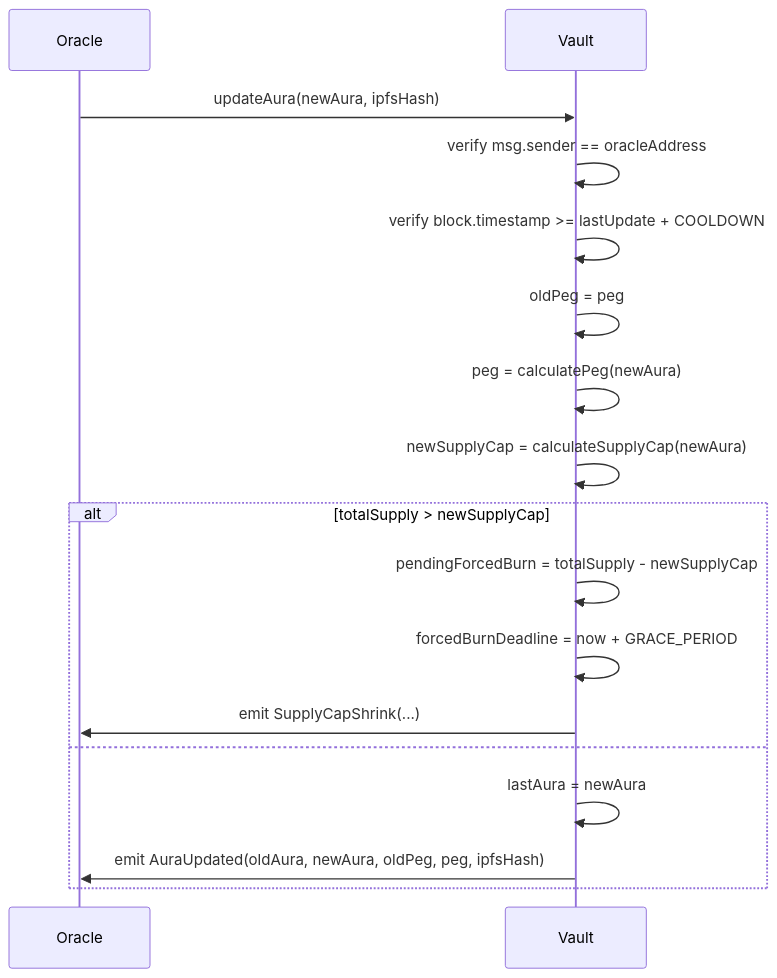
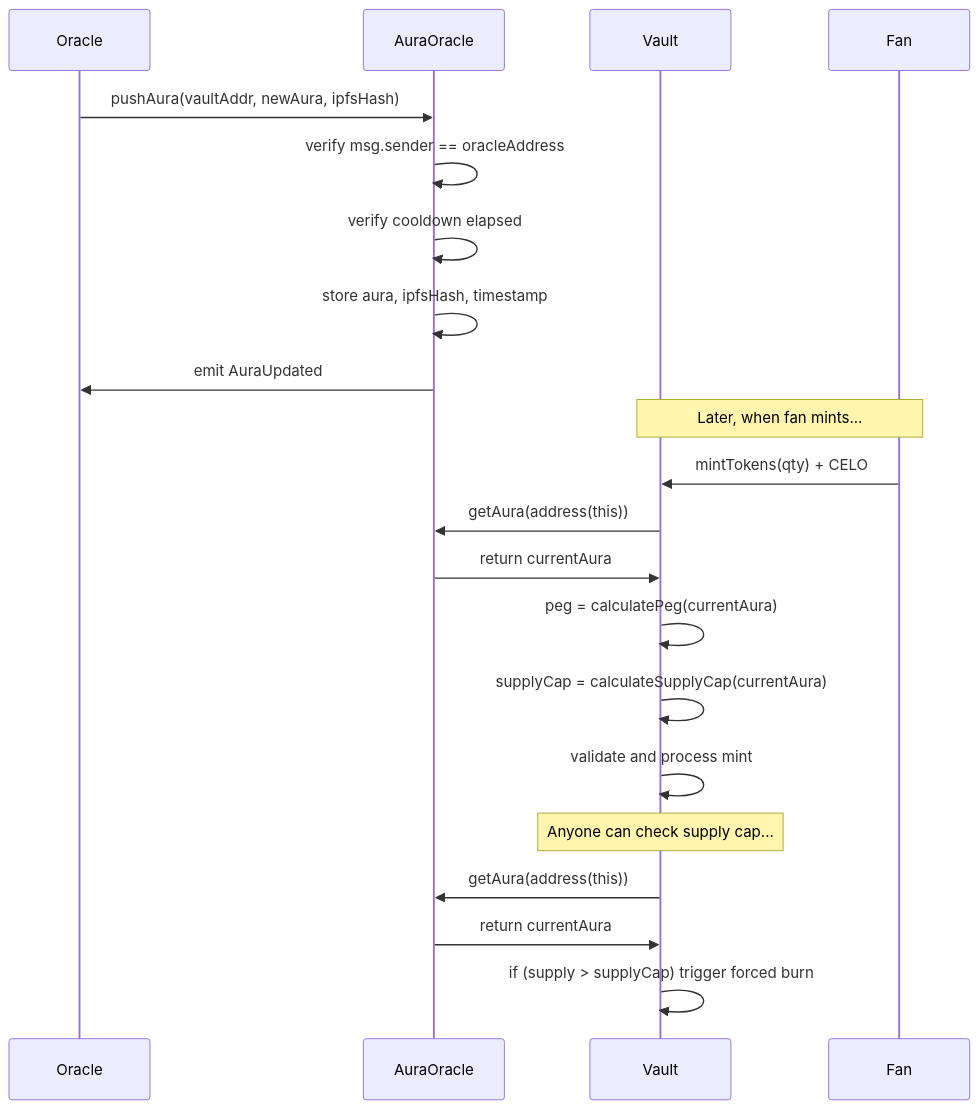
One commit to Kaushik2003/aurafy changed the fifth of 7 diagrams in .kiro/specs/aurafi-creator-vaults/design.md. Above: the diagram before and after it, drawn with Mermaid. The commit also changed other lines of this file and 947 other files, not shown here.

````diff
--- a/.kiro/specs/aurafi-creator-vaults/design.md
+++ b/.kiro/specs/aurafi-creator-vaults/design.md
@@ -351,21 +352,28 @@
 ```mermaid
 sequenceDiagram
     participant Oracle
+    participant AuraOracle
     participant Vault
+    participant Fan
     
-    Oracle->>Vault: updateAura(newAura, ipfsHash)
-    Vault->>Vault: verify msg.sender == oracleAddress
-    Vault->>Vault: verify block.timestamp >= lastUpdate + COOLDOWN
-    Vault->>Vault: oldPeg = peg
-    Vault->>Vault: peg = calculatePeg(newAura)
-    Vault->>Vault: newSupplyCap = calculateSupplyCap(newAura)
+    Oracle->>AuraOracle: pushAura(vaultAddr, newAura, ipfsHash)
+    AuraOracle->>AuraOracle: verify msg.sender == oracleAddress
+    AuraOracle->>AuraOracle: verify cooldown elapsed
+    AuraOracle->>AuraOracle: store aura, ipfsHash, timestamp
+    AuraOracle->>Oracle: emit AuraUpdated
     
-    alt totalSupply > newSupplyCap
-        Vault->>Vault: pendingForcedBurn = totalSupply - newSupplyCap
-        Vault->>Vault: forcedBurnDeadline = now + GRACE_PERIOD
-        Vault->>Oracle: emit SupplyCapShrink(...)
-    else
-        Vault->>Vault: lastAura = newAura
-        Vault->>Oracle: emit AuraUpdated(oldAura, newAura, oldPeg, peg, ipfsHash)
-    end
+    Note over Vault,Fan: Later, when fan mints...
+    
+    Fan->>Vault: mintTokens(qty) + CELO
+    Vault->>AuraOracle: getAura(address(this))
+    AuraOracle->>Vault: return currentAura
+    Vault->>Vault: peg = calculatePeg(currentAura)
+    Vault->>Vault: supplyCap = calculateSupplyCap(currentAura)
+    Vault->>Vault: validate and process mint
+    
+    Note over Vault: Anyone can check supply cap...
+    
+    Vault->>AuraOracle: getAura(address(this))
+    AuraOracle->>Vault: return currentAura
+    Vault->>Vault: if (supply > supplyCap) trigger forced burn
 ```
````
